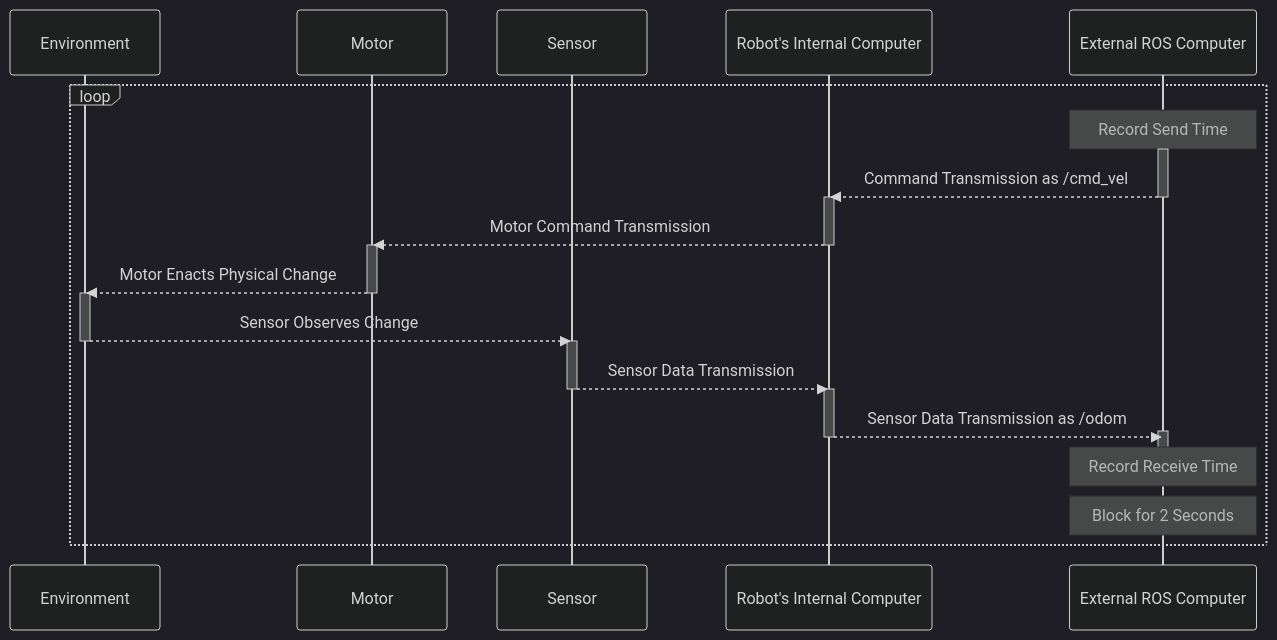
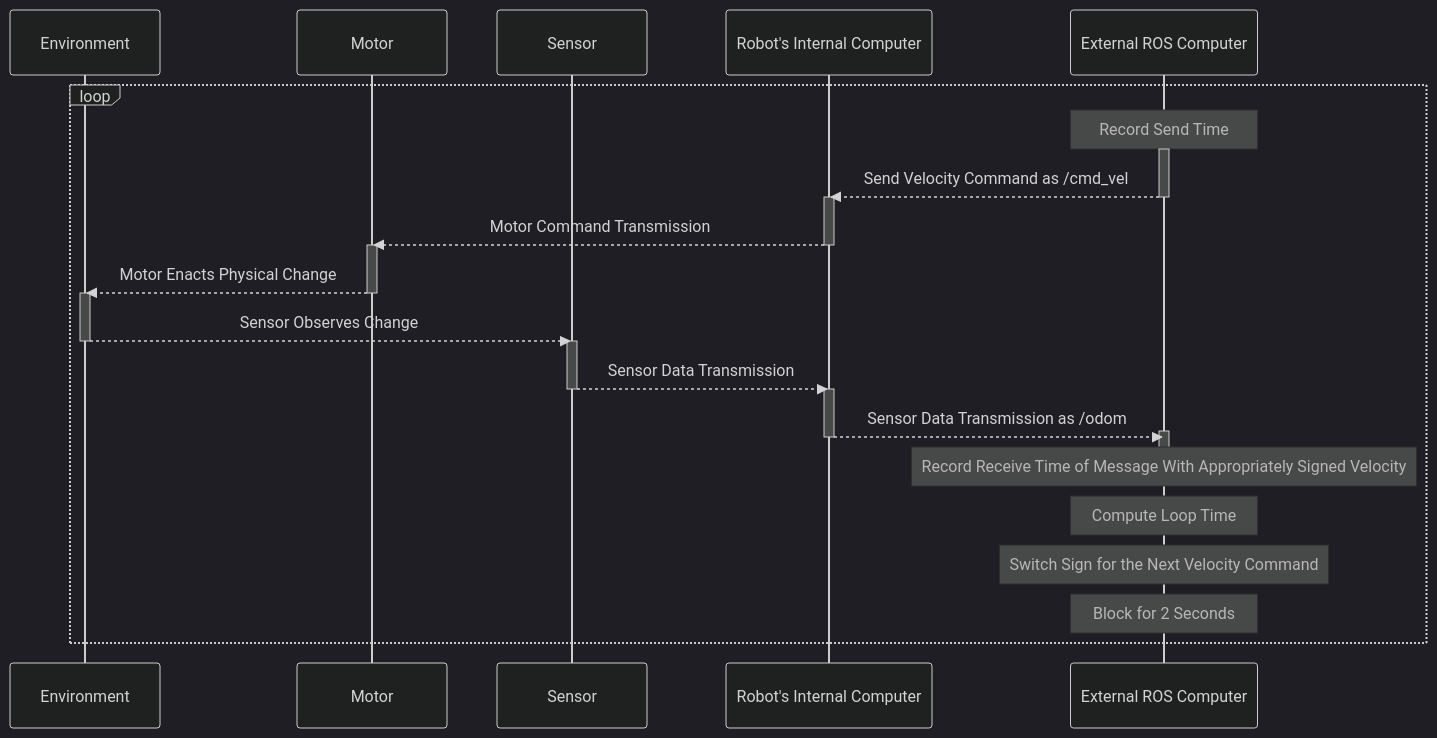
The second of 2 diagrams in README.md (MShields1986/topic_latency_test), drawn with Mermaid (dark theme) before and after one commit. The commit also changed other lines of this file, not shown here.

````diff
--- a/README.md
+++ b/README.md
@@ -67,34 +68,36 @@
 ```mermaid
 sequenceDiagram
     participant scene as Environment
     participant mot as Motor
     participant sen as Sensor
     participant rob as Robot's Internal Computer
     participant ext as External ROS Computer
 
     loop
         Note over ext: Record Send Time
         activate ext
-        ext-->>rob: Command Transmission as /cmd_vel
+        ext-->>rob: Send Velocity Command as /cmd_vel
         deactivate ext
         activate rob
         rob-->>mot: Motor Command Transmission
         deactivate rob
         activate mot
         mot-->>scene: Motor Enacts Physical Change
         deactivate mot
         activate scene
         scene-->>sen: Sensor Observes Change
         deactivate scene
         activate sen
         sen-->>rob: Sensor Data Transmission
         deactivate sen
         activate rob
         rob-->>ext: Sensor Data Transmission as /odom
         deactivate rob
         activate ext
         deactivate ext
-        Note over ext: Record Receive Time
+        Note over ext: Record Receive Time of Message With Appropriately Signed Velocity
+        Note over ext: Compute Loop Time
+        Note over ext: Switch Sign for the Next Velocity Command
         Note over ext: Block for 2 Seconds
     end
 ```
````
